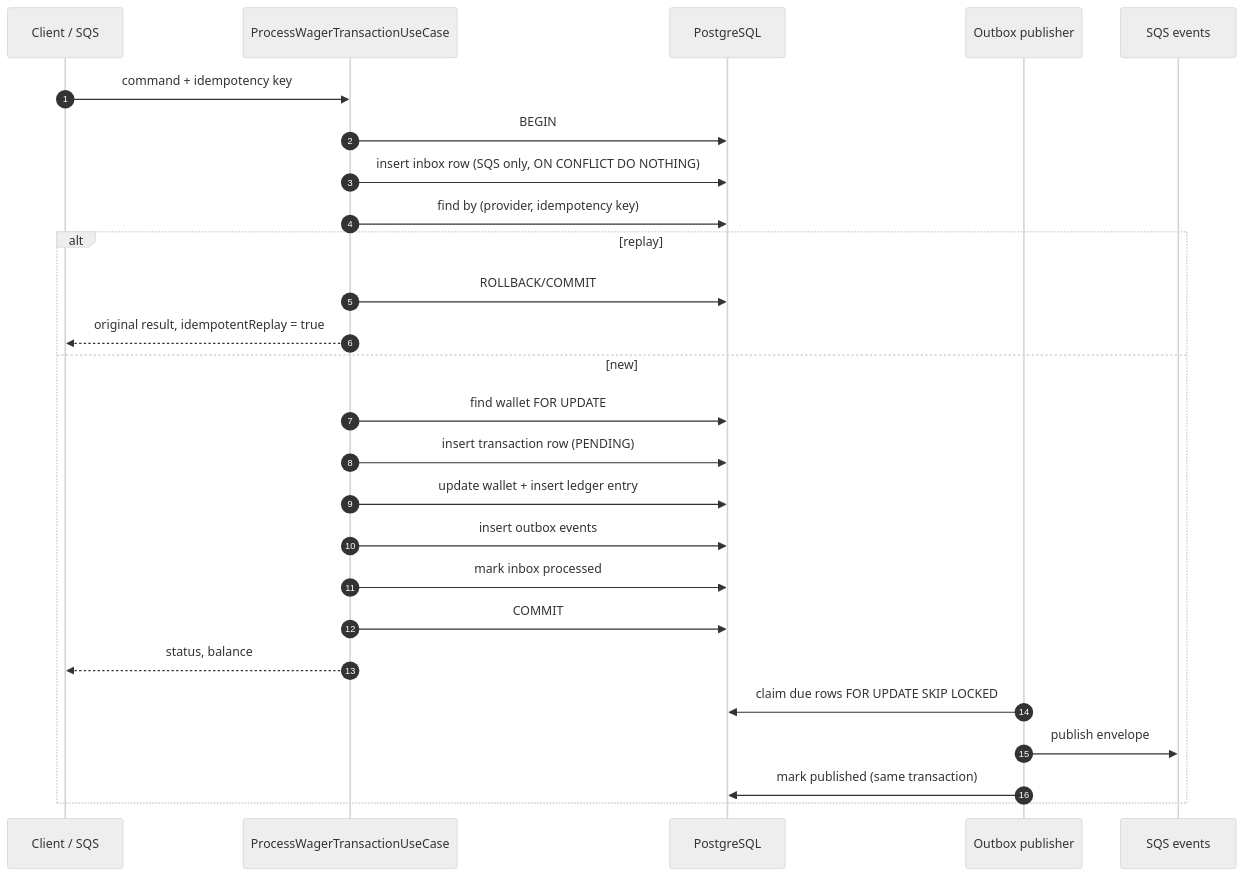
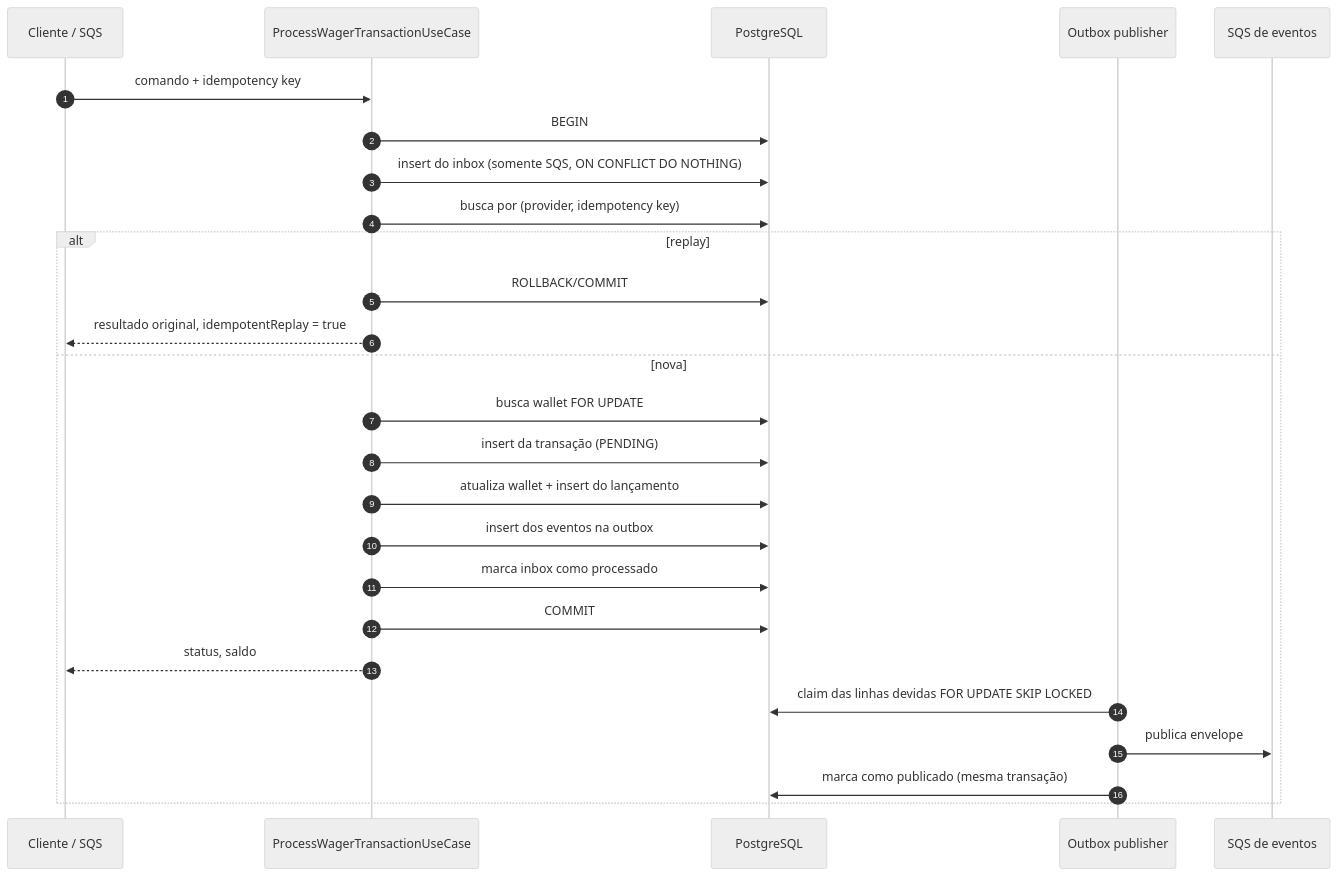
Before and after one commit to rafaeldimas/junglegaming-backend-challenge: the fifth of 8 diagrams in ARCHITECTURE.md, drawn with Mermaid (neutral theme). The commit also changed other lines of this file and 1 other file, not shown here.

First line of the commit message:
docs: traduzir README e ARCHITECTURE para português

````diff
--- a/ARCHITECTURE.md
+++ b/ARCHITECTURE.md
@@ -301,29 +322,29 @@
 ```mermaid
 sequenceDiagram
     autonumber
-    participant C as Client / SQS
+    participant C as Cliente / SQS
     participant U as ProcessWagerTransactionUseCase
     participant DB as PostgreSQL
     participant O as Outbox publisher
-    participant Q as SQS events
+    participant Q as SQS de eventos
 
-    C->>U: command + idempotency key
+    C->>U: comando + idempotency key
     U->>DB: BEGIN
-    U->>DB: insert inbox row (SQS only, ON CONFLICT DO NOTHING)
-    U->>DB: find by (provider, idempotency key)
+    U->>DB: insert do inbox (somente SQS, ON CONFLICT DO NOTHING)
+    U->>DB: busca por (provider, idempotency key)
     alt replay
         U->>DB: ROLLBACK/COMMIT
-        U-->>C: original result, idempotentReplay = true
-    else new
-        U->>DB: find wallet FOR UPDATE
-        U->>DB: insert transaction row (PENDING)
-        U->>DB: update wallet + insert ledger entry
-        U->>DB: insert outbox events
-        U->>DB: mark inbox processed
+        U-->>C: resultado original, idempotentReplay = true
+    else nova
+        U->>DB: busca wallet FOR UPDATE
+        U->>DB: insert da transação (PENDING)
+        U->>DB: atualiza wallet + insert do lançamento
+        U->>DB: insert dos eventos na outbox
+        U->>DB: marca inbox como processado
         U->>DB: COMMIT
-        U-->>C: status, balance
-        O->>DB: claim due rows FOR UPDATE SKIP LOCKED
-        O->>Q: publish envelope
-        O->>DB: mark published (same transaction)
+        U-->>C: status, saldo
+        O->>DB: claim das linhas devidas FOR UPDATE SKIP LOCKED
+        O->>Q: publica envelope
+        O->>DB: marca como publicado (mesma transação)
     end
 ```
````
